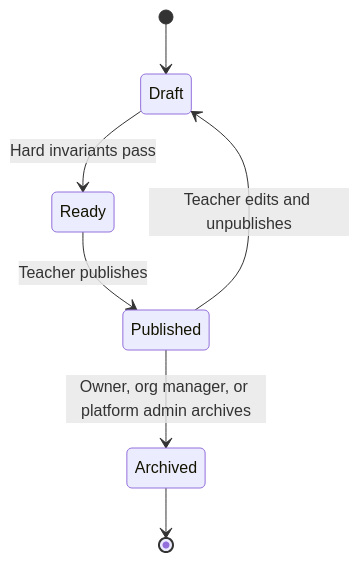
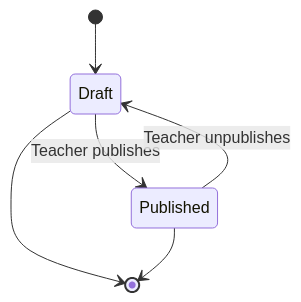
Before and after one commit to smontes-profe/Program-Planner: the fourth of 4 diagrams in docs/DIAGRAMS.md, drawn with Mermaid. The commit also changed other lines of this file and 15 other files, not shown here.

````diff
--- a/docs/DIAGRAMS.md
+++ b/docs/DIAGRAMS.md
@@ -154,9 +154,8 @@
 ```mermaid
 stateDiagram-v2
     [*] --> Draft
-    Draft --> Ready: Hard invariants pass
-    Ready --> Published: Teacher publishes
-    Published --> Draft: Teacher edits and unpublishes
-    Published --> Archived: Owner, org manager, or platform admin archives
-    Archived --> [*]
+    Draft --> Published: Teacher publishes
+    Published --> Draft: Teacher unpublishes
+    Draft --> [*]
+    Published --> [*]
 ```
````
